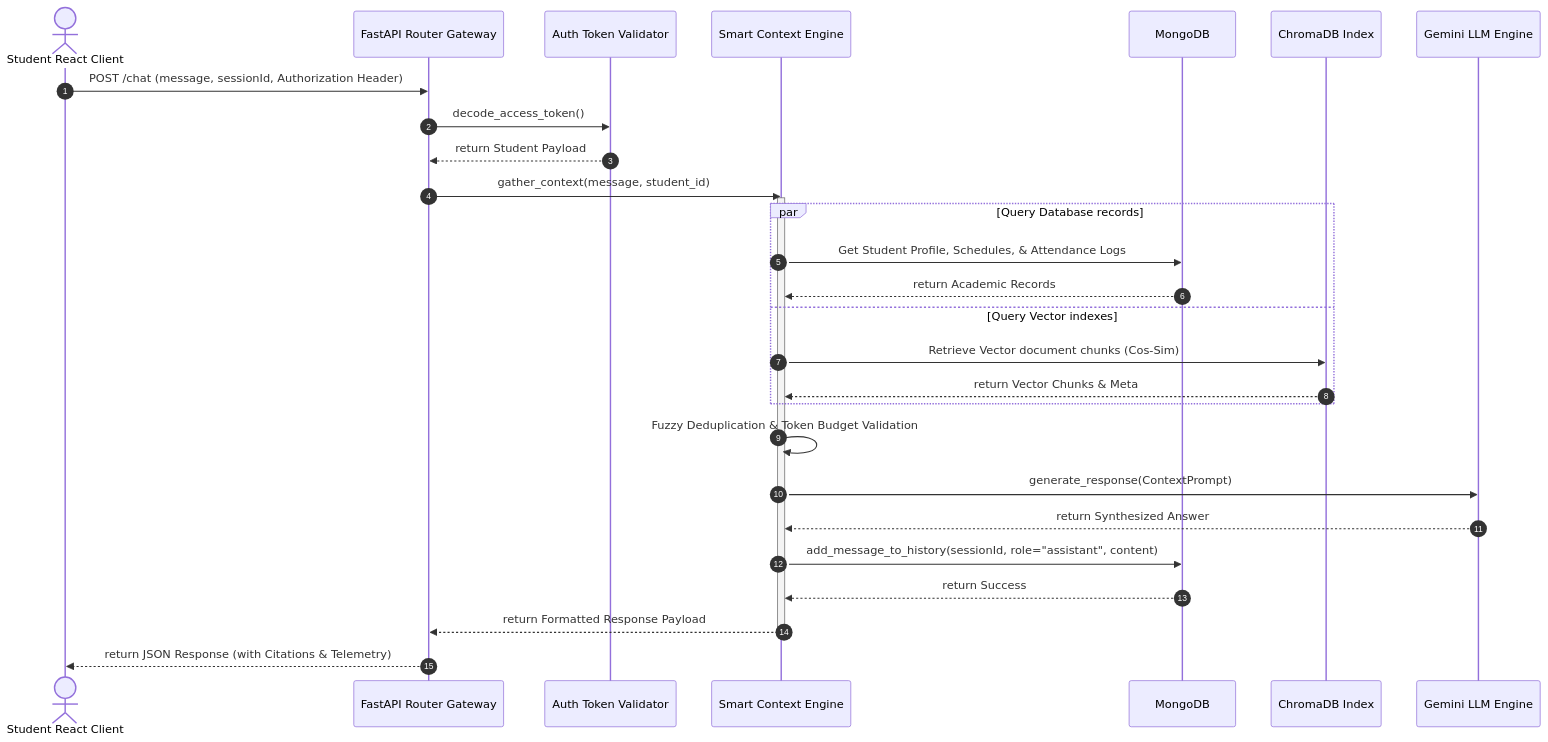
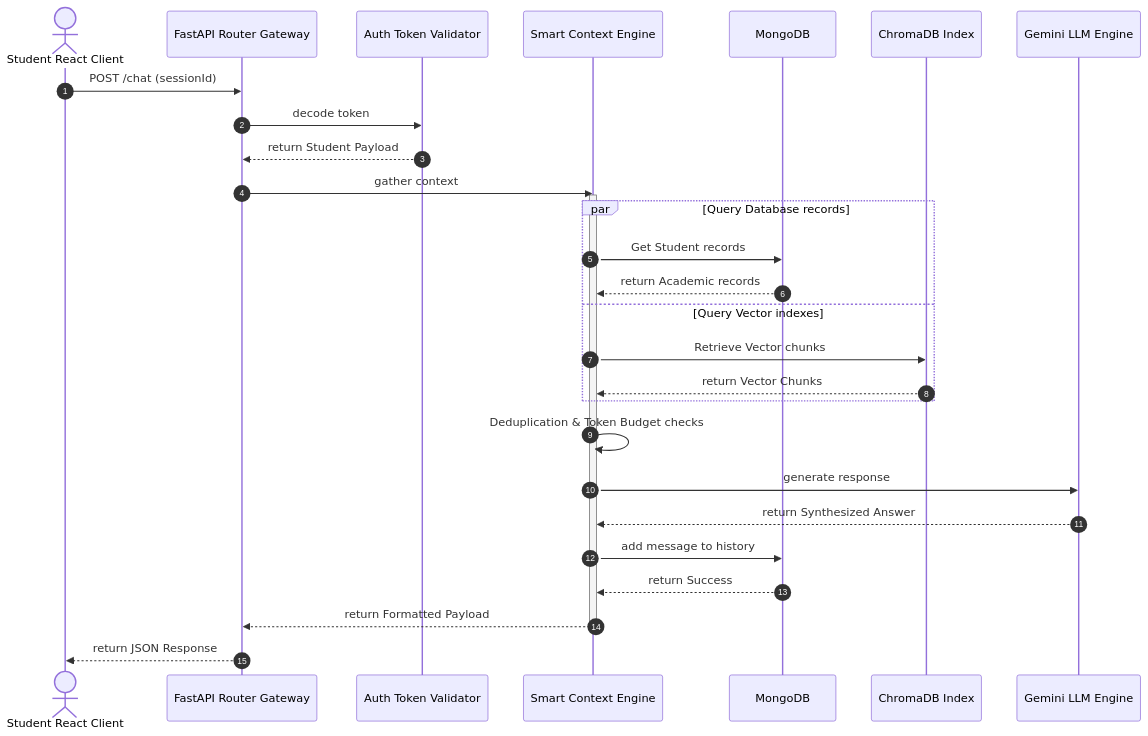
One commit to Anugrahbhuinya/BITAtlas changed the second of 3 diagrams in docs/architecture.md. Above: the diagram before and after it, drawn with Mermaid. The commit also changed other lines of this file and 5 other files, not shown here.

````diff
--- a/docs/architecture.md
+++ b/docs/architecture.md
@@ -58,38 +57,38 @@
 ```mermaid
 sequenceDiagram
     autonumber
     actor Client as Student React Client
     participant Router as FastAPI Router Gateway
     participant Auth as Auth Token Validator
     participant Context as Smart Context Engine
     participant DB as MongoDB
     participant Chroma as ChromaDB Index
     participant Gemini as Gemini LLM Engine
 
-    Client->>Router: POST /chat (message, sessionId, Authorization Header)
-    Router->>Auth: decode_access_token()
+    Client->>Router: POST /chat (sessionId)
+    Router->>Auth: decode token
     Auth-->>Router: return Student Payload
     
-    Router->>Context: gather_context(message, student_id)
+    Router->>Context: gather context
     activate Context
     
     par Query Database records
-        Context->>DB: Get Student Profile, Schedules, & Attendance Logs
-        DB-->>Context: return Academic Records
+        Context->>DB: Get Student records
+        DB-->>Context: return Academic records
     and Query Vector indexes
-        Context->>Chroma: Retrieve Vector document chunks (Cos-Sim)
-        Chroma-->>Context: return Vector Chunks & Meta
+        Context->>Chroma: Retrieve Vector chunks
+        Chroma-->>Context: return Vector Chunks
     end
     
-    Context->>Context: Fuzzy Deduplication & Token Budget Validation
-    Context->>Gemini: generate_response(ContextPrompt)
+    Context->>Context: Deduplication & Token Budget checks
+    Context->>Gemini: generate response
     Gemini-->>Context: return Synthesized Answer
     
-    Context->>DB: add_message_to_history(sessionId, role="assistant", content)
+    Context->>DB: add message to history
     DB-->>Context: return Success
     
-    Context-->>Router: return Formatted Response Payload
+    Context-->>Router: return Formatted Payload
     deactivate Context
     
-    Router-->>Client: return JSON Response (with Citations & Telemetry)
+    Router-->>Client: return JSON Response
 ```
````
